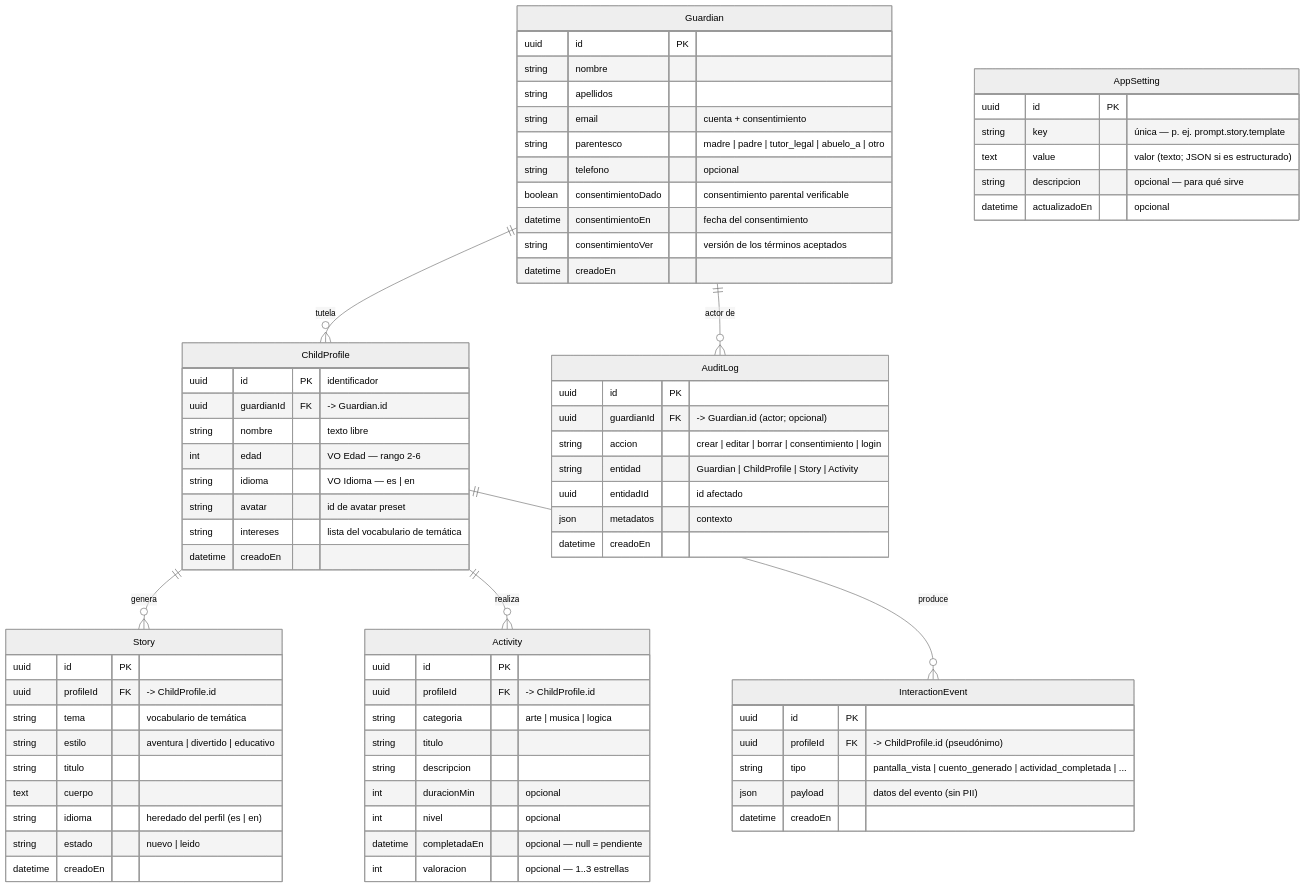
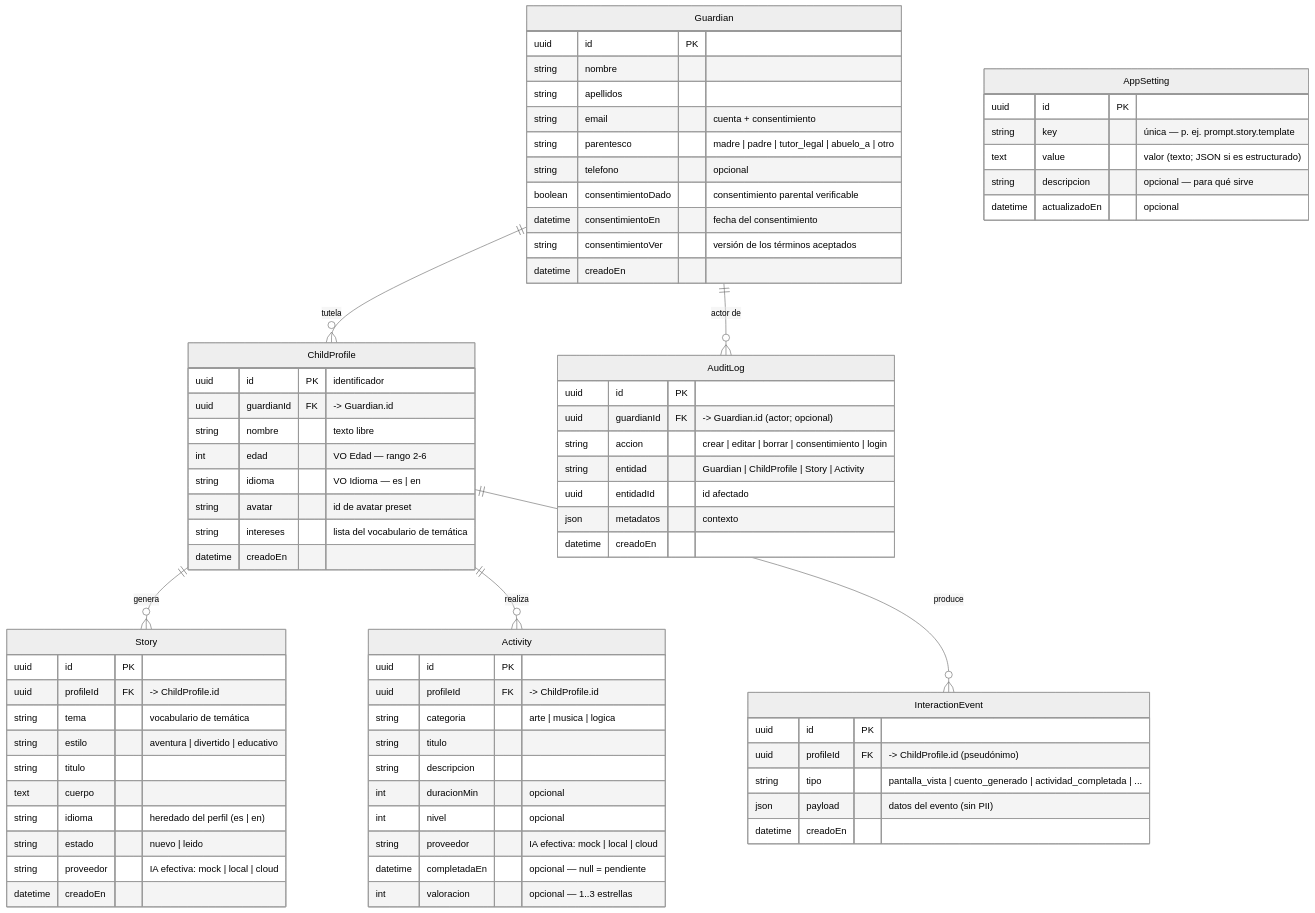
Before and after one commit to Mithor86-2/magyblobapp: the diagram in Docs/modelo-datos.md, drawn with Mermaid (neutral theme). The commit also changed other lines of this file and 30 other files, not shown here.

Commit message:
feat(ai): persiste el proveedor efectivo (mock/local/cloud) en cuentos y actividades

```diff
--- a/Docs/modelo-datos.md
+++ b/Docs/modelo-datos.md
@@ -52,6 +52,7 @@
         text     cuerpo
         string   idioma    "heredado del perfil (es | en)"
         string   estado    "nuevo | leido"
+        string   proveedor "IA efectiva: mock | local | cloud"
         datetime creadoEn
     }
 
@@ -63,6 +64,7 @@
         string   descripcion
         int      duracionMin "opcional"
         int      nivel       "opcional"
+        string   proveedor   "IA efectiva: mock | local | cloud"
         datetime completadaEn "opcional — null = pendiente"
         int      valoracion  "opcional — 1..3 estrellas"
     }
```
